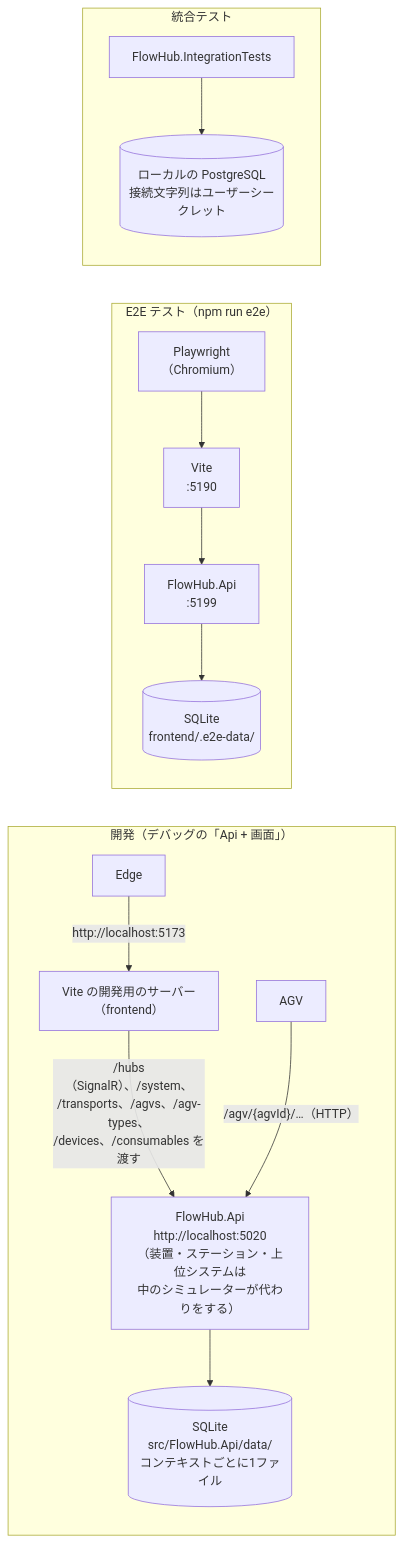
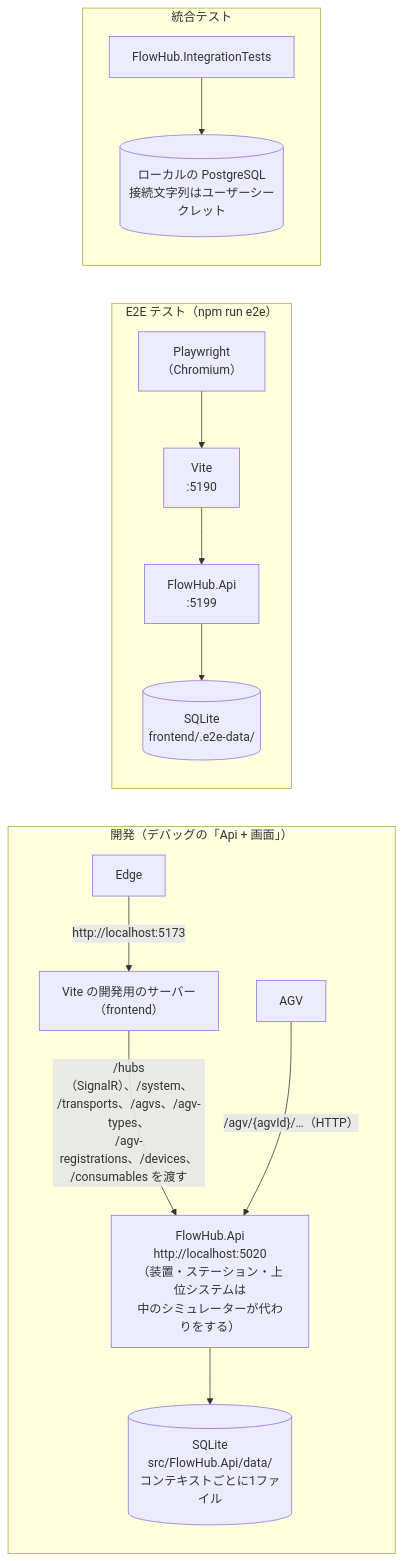
The second of 3 diagrams in CLAUDE.md (kkobaoh/flow-hub), drawn with Mermaid before and after one commit. The commit also changed 21 other files, not shown here.

````diff
--- a/CLAUDE.md
+++ b/CLAUDE.md
@@ -177,15 +177,15 @@
 ```mermaid
 flowchart LR
     subgraph dev["開発（デバッグの「Api + 画面」）"]
         Edge["Edge"] -->|"http://localhost:5173"| Vite["Vite の開発用のサーバー<br/>（frontend）"]
-        Vite -->|"/hubs（SignalR）、/system、<br/>/transports、/agvs、/agv-types、<br/>/devices、/consumables を渡す"| Api["FlowHub.Api<br/>http://localhost:5020<br/>（装置・ステーション・上位システムは<br/>中のシミュレーターが代わりをする）"]
+        Vite -->|"/hubs（SignalR）、/system、<br/>/transports、/agvs、/agv-types、<br/>/agv-registrations、/devices、<br/>/consumables を渡す"| Api["FlowHub.Api<br/>http://localhost:5020<br/>（装置・ステーション・上位システムは<br/>中のシミュレーターが代わりをする）"]
         AGV["AGV"] -->|"/agv/{agvId}/…（HTTP）"| Api
         Api --> Sqlite[("SQLite<br/>src/FlowHub.Api/data/<br/>コンテキストごとに1ファイル")]
     end
     subgraph e2e["E2E テスト（npm run e2e）"]
         Chromium["Playwright<br/>（Chromium）"] --> ViteE2E["Vite<br/>:5190"] --> ApiE2E["FlowHub.Api<br/>:5199"] --> SqliteE2E[("SQLite<br/>frontend/.e2e-data/")]
     end
     subgraph it["統合テスト"]
         IntegrationTests["FlowHub.IntegrationTests"] --> Postgres[("ローカルの PostgreSQL<br/>接続文字列はユーザーシークレット")]
     end
 ```
````
